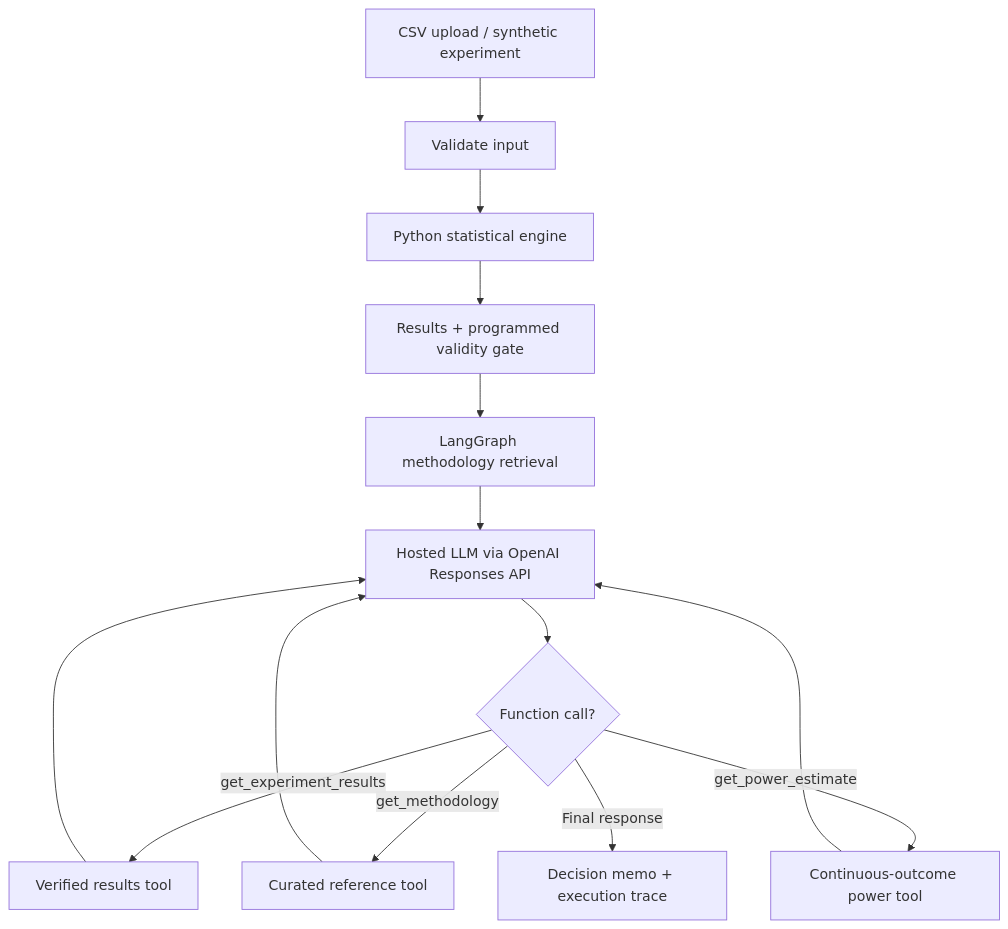
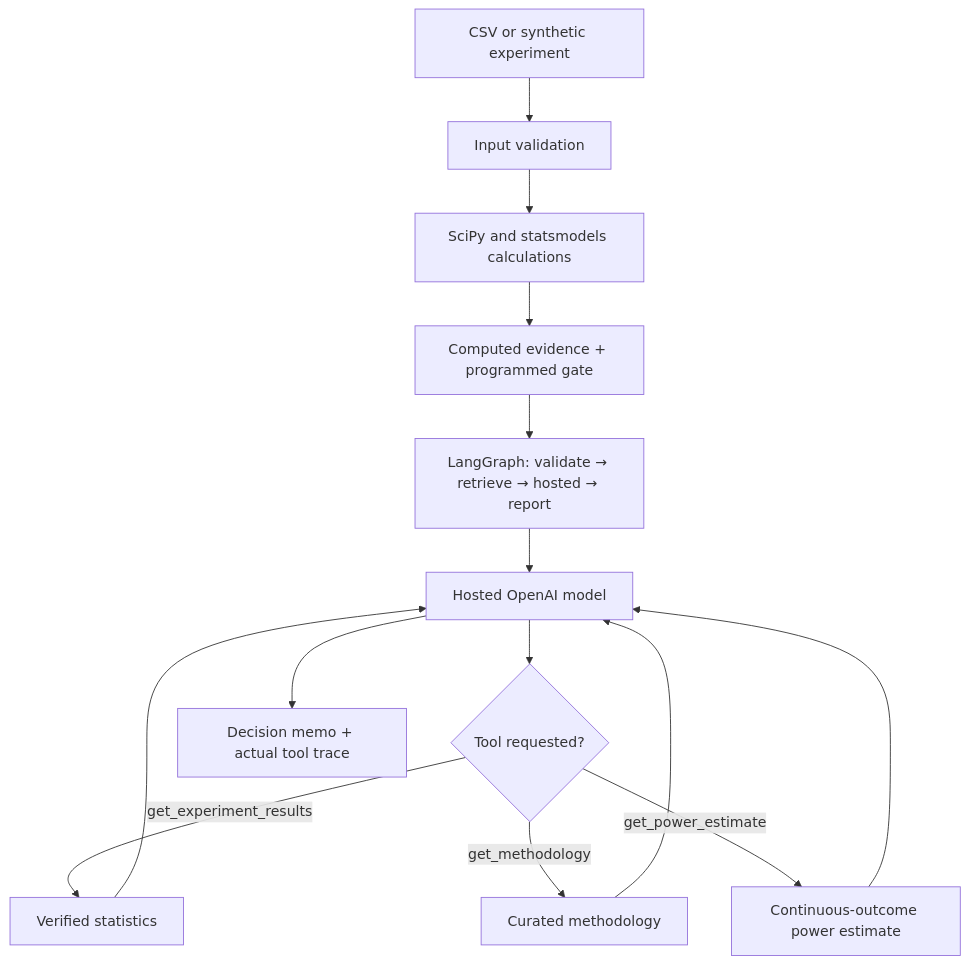
Before and after one commit to karthikeyansett1/-ExperimentIQ-Agent: the diagram in README.md, drawn with Mermaid. The commit also changed other lines of this file, not shown here.

````diff
--- a/README.md
+++ b/README.md
@@ -73,16 +45,16 @@
 ```mermaid
 flowchart TD
-    A[CSV upload / synthetic experiment] --> B[Validate input]
-    B --> C[Python statistical engine]
-    C --> D[Results + programmed validity gate]
-    D --> E[LangGraph methodology retrieval]
-    E --> F[Hosted LLM via OpenAI Responses API]
-    F --> G{Function call?}
-    G -->|get_experiment_results| H[Verified results tool]
-    G -->|get_methodology| I[Curated reference tool]
-    G -->|get_power_estimate| J[Continuous-outcome power tool]
+    A[CSV or synthetic experiment] --> B[Input validation]
+    B --> C[SciPy and statsmodels calculations]
+    C --> D[Computed evidence + programmed gate]
+    D --> E[LangGraph: validate → retrieve → hosted → report]
+    E --> F[Hosted OpenAI model]
+    F --> G{Tool requested?}
+    G -->|get_experiment_results| H[Verified statistics]
+    G -->|get_methodology| I[Curated methodology]
+    G -->|get_power_estimate| J[Continuous-outcome power estimate]
     H --> F
     I --> F
     J --> F
-    G -->|Final response| K[Decision memo + execution trace]
+    F --> K[Decision memo + actual tool trace]
 ```
````
